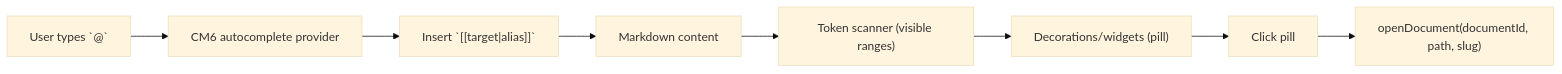
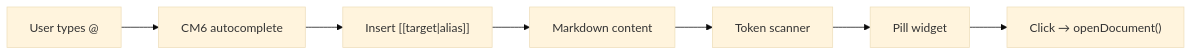
One commit to haowjy/meridian-flow changed the diagram in _docs/plans/fb-wikilinks-and-internal-links.md. Above: the diagram before and after it, drawn with Mermaid (base theme). The commit also changed other lines of this file and 400 other files, not shown here.

````diff
--- a/_docs/plans/fb-wikilinks-and-internal-links.md
+++ b/_docs/plans/fb-wikilinks-and-internal-links.md
@@ -128,10 +78,9 @@
 ```mermaid
 flowchart LR
-  User["User types `@`"] --> CM["CM6 autocomplete provider"]
-  CM --> Insert["Insert `[[target|alias]]`"]
+  User["User types @"] --> CM["CM6 autocomplete"]
+  CM --> Insert["Insert [[target|alias]]"]
   Insert --> Doc["Markdown content"]
-  Doc --> Scan["Token scanner (visible ranges)"]
-  Scan --> Deco["Decorations/widgets (pill)"]
-  Deco --> Click["Click pill"]
-  Click --> Open["openDocument(documentId, path, slug)"]
+  Doc --> Scan["Token scanner"]
+  Scan --> Deco["Pill widget"]
+  Deco --> Click["Click → openDocument()"]
 ```
````
